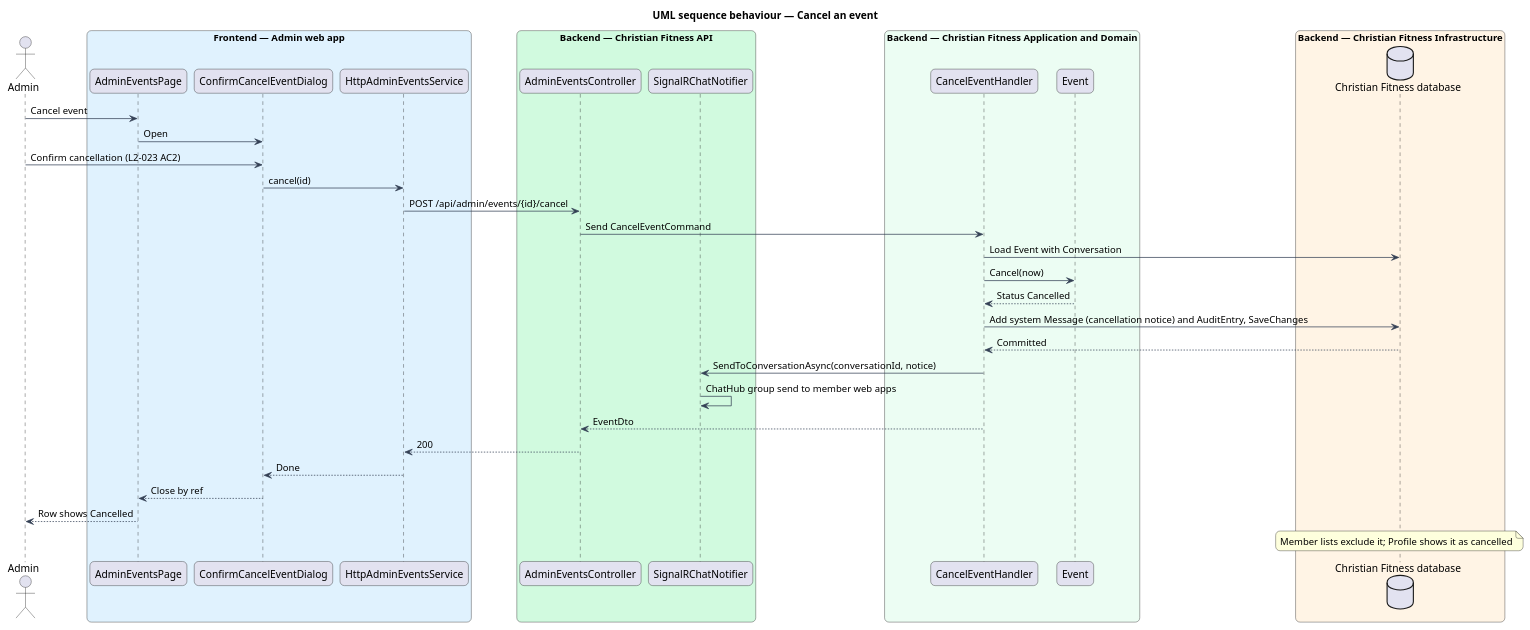
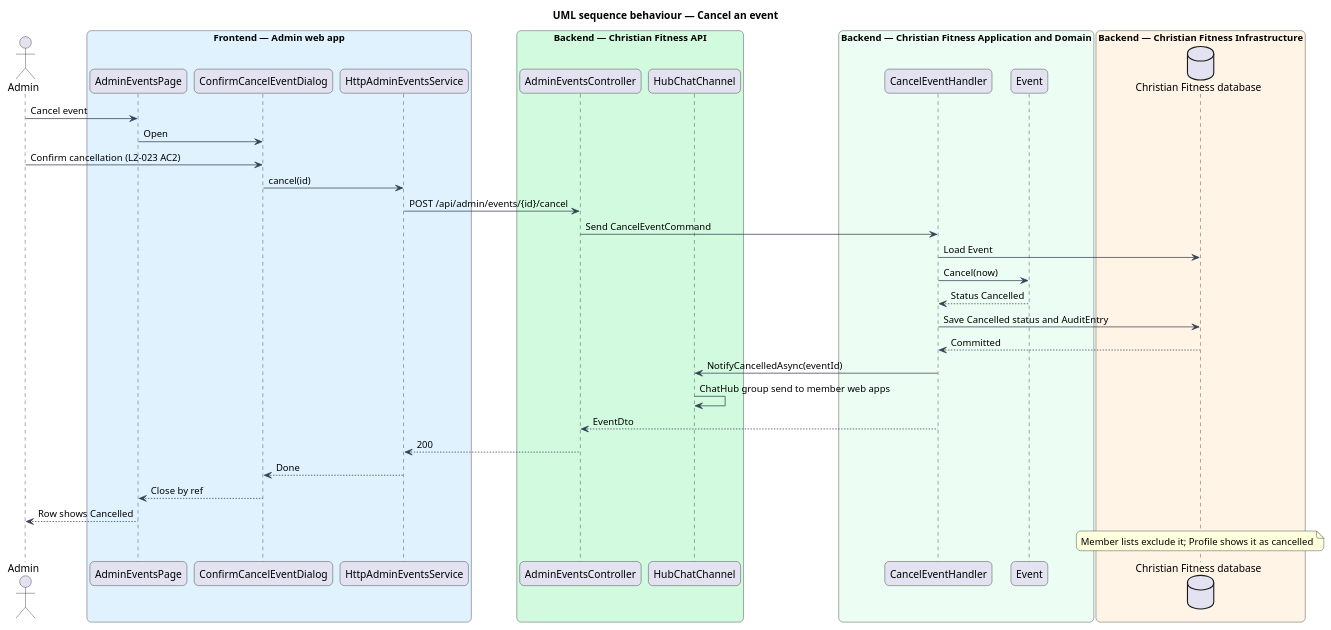
Before and after one commit to QuinntyneBrown/christian-fitness: the diagram in docs/detailed-designs/admin-events/publish-and-cancel-events/diagrams/sequence-cancel.puml, drawn with PlantUML. The commit also changed 32 other files, not shown here.

```diff
--- a/docs/detailed-designs/admin-events/publish-and-cancel-events/diagrams/sequence-cancel.puml
+++ b/docs/detailed-designs/admin-events/publish-and-cancel-events/diagrams/sequence-cancel.puml
@@ -1,53 +1,53 @@
 @startuml
 title UML sequence behaviour — Cancel an event
 skinparam backgroundColor #FFFFFF
 skinparam shadowing false
 skinparam roundcorner 12
 skinparam defaultFontName Arial
 skinparam ArrowColor #344054
 skinparam rectangle {
   BorderColor #344054
   FontColor #101828
 }
 skinparam package {
   BorderColor #667085
   FontColor #101828
   BackgroundColor #F9FAFB
 }
 actor "Admin" as actor
 box "Frontend — Admin web app" #E0F2FE
   participant "AdminEventsPage" as page
   participant "ConfirmCancelEventDialog" as confirm
   participant "HttpAdminEventsService" as client
 end box
 box "Backend — Christian Fitness API" #D1FADF
   participant "AdminEventsController" as ctrl
-  participant "SignalRChatNotifier" as notify
+  participant "HubChatChannel" as notify
 end box
 box "Backend — Christian Fitness Application and Domain" #ECFDF3
   participant "CancelEventHandler" as handler
   participant "Event" as entity
 end box
 box "Backend — Christian Fitness Infrastructure" #FFF4E5
   database "Christian Fitness database" as db
 end box
 actor -> page : Cancel event
 page -> confirm : Open
 actor -> confirm : Confirm cancellation (L2-023 AC2)
 confirm -> client : cancel(id)
 client -> ctrl : POST /api/admin/events/{id}/cancel
 ctrl -> handler : Send CancelEventCommand
-handler -> db : Load Event with Conversation
+handler -> db : Load Event
 handler -> entity : Cancel(now)
 entity --> handler : Status Cancelled
-handler -> db : Add system Message (cancellation notice) and AuditEntry, SaveChanges
+handler -> db : Save Cancelled status and AuditEntry
 db --> handler : Committed
-handler -> notify : SendToConversationAsync(conversationId, notice)
+handler -> notify : NotifyCancelledAsync(eventId)
 notify -> notify : ChatHub group send to member web apps
 handler --> ctrl : EventDto
 ctrl --> client : 200
 client --> confirm : Done
 confirm --> page : Close by ref
 page --> actor : Row shows Cancelled
 note over db : Member lists exclude it; Profile shows it as cancelled
 @enduml
```
